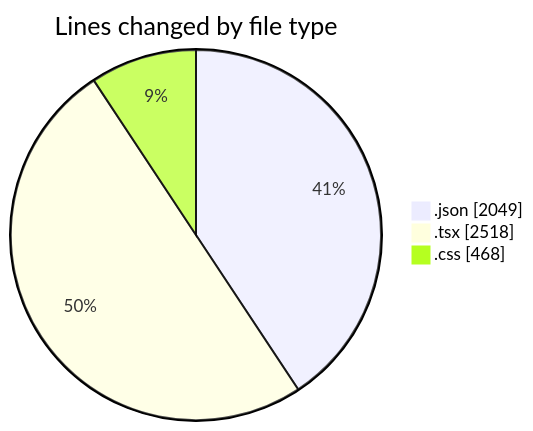
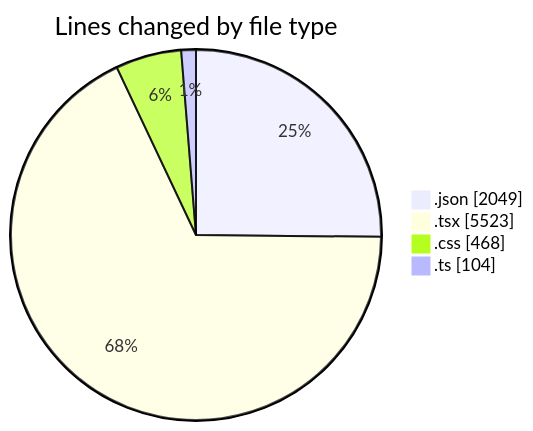
Before and after one commit to EIIisD/code-tracking: the first of 2 diagrams in 2025-08-14/ribbon/README.md, drawn with Mermaid. The commit also changed other lines of this file and 1 other file, not shown here.

````diff
--- a/2025-08-14/ribbon/README.md
+++ b/2025-08-14/ribbon/README.md
@@ -28,7 +29,8 @@
 ```mermaid
 pie showData
 title Lines changed by file type
 ".json" : 2049
-".tsx" : 2518
+".tsx" : 5523
 ".css" : 468
+".ts" : 104
 ```
````
